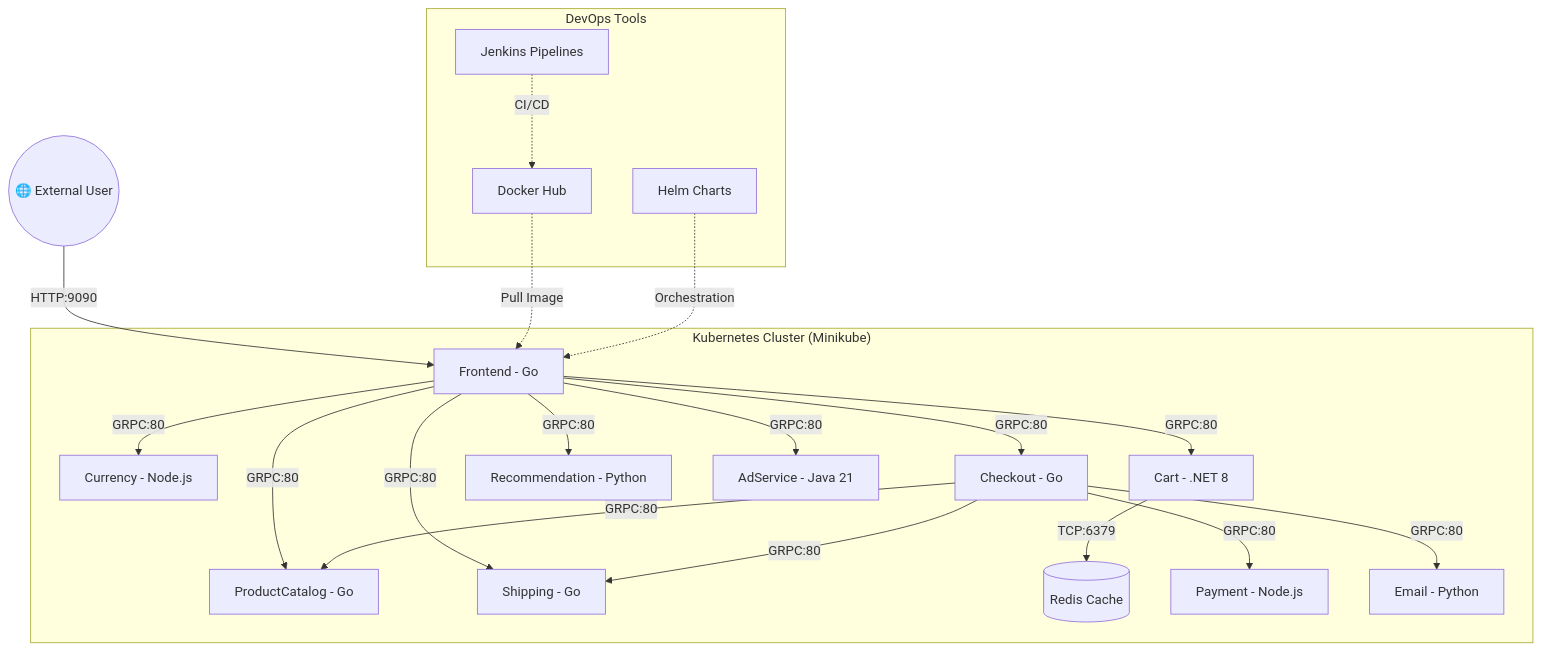
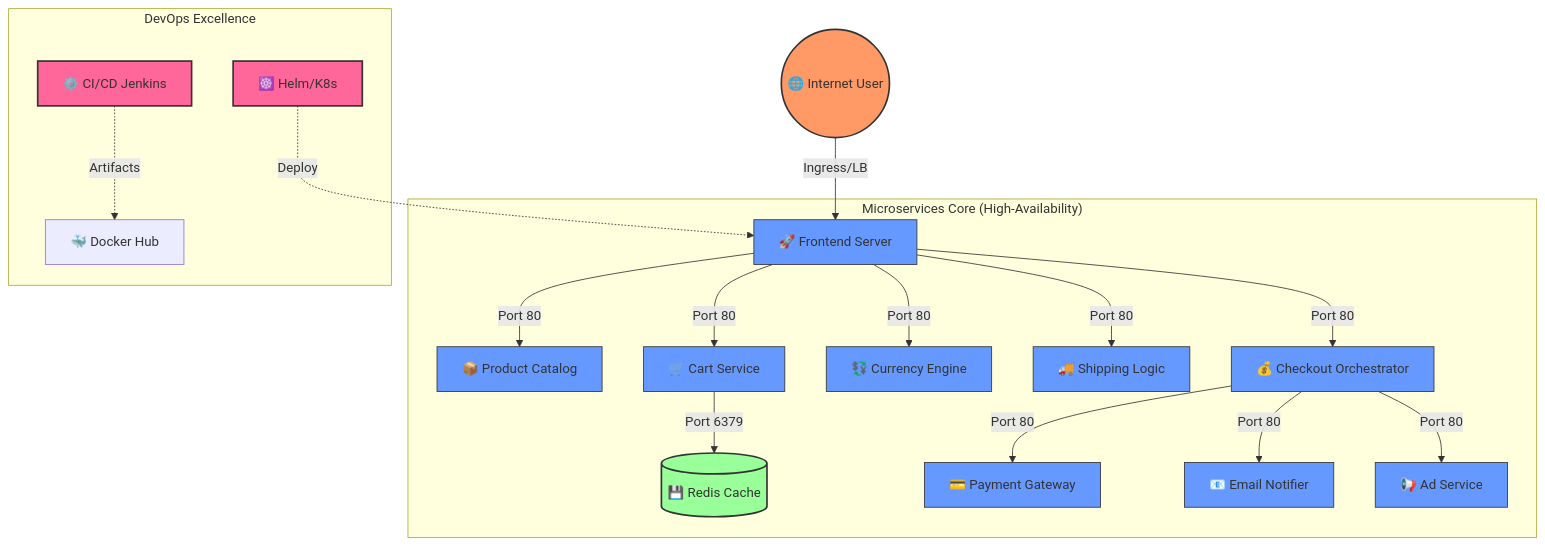
The second of 2 diagrams in README.md (rakeshkolipakaace/Microservices-e-commerce), drawn with Mermaid before and after one commit. The commit also changed other lines of this file, not shown here.

Commit message:
DOCS: Upgraded README with 3D-styled flows and service intelligence

````diff
--- a/README.md
+++ b/README.md
@@ -14,30 +44,29 @@
 ```mermaid
-graph TD
-    %% External World
-    User((🌐 External User)) -->|HTTP:9090| Frontend[Frontend - Go]
+flowchart TD
+    %% Styling
+    classDef external fill:#f96,stroke:#333,stroke-width:2px;
+    classDef internal fill:#69f,stroke:#333,stroke-width:1px;
+    classDef database fill:#9f9,stroke:#333,stroke-width:2px;
+    classDef devops fill:#f69,stroke:#333,stroke-width:2px;
+
+    User((🌐 Internet User)):::external -->|Ingress/LB| Frontend[🚀 Frontend Server]:::internal
     
-    %% Core Services
-    subgraph "Kubernetes Cluster (Minikube)"
-        Frontend -->|GRPC:80| ProductCatalog[ProductCatalog - Go]
-        Frontend -->|GRPC:80| Currency[Currency - Node.js]
-        Frontend -->|GRPC:80| Cart[Cart - .NET 8]
-        Frontend -->|GRPC:80| Checkout[Checkout - Go]
-        Frontend -->|GRPC:80| Shipping[Shipping - Go]
-        Frontend -->|GRPC:80| Recommendation[Recommendation - Python]
-        Frontend -->|GRPC:80| AdService[AdService - Java 21]
+    subgraph "Microservices Core (High-Availability)"
+        Frontend -->|Port 80| Catalog[📦 Product Catalog]:::internal
+        Frontend -->|Port 80| Cart[🛒 Cart Service]:::internal
+        Frontend -->|Port 80| Currency[💱 Currency Engine]:::internal
+        Frontend -->|Port 80| Shipping[🚚 Shipping Logic]:::internal
         
-        %% Database & Inter-service
-        Cart -->|TCP:6379| Redis[(Redis Cache)]
-        Checkout -->|GRPC:80| Payment[Payment - Node.js]
-        Checkout -->|GRPC:80| Email[Email - Python]
-        Checkout -->|GRPC:80| Shipping
-        Checkout -->|GRPC:80| ProductCatalog
+        Cart -->|Port 6379| Redis[(💾 Redis Cache)]:::database
+        
+        Frontend -->|Port 80| Checkout[💰 Checkout Orchestrator]:::internal
+        Checkout -->|Port 80| Payment[💳 Payment Gateway]:::internal
+        Checkout -->|Port 80| Email[📧 Email Notifier]:::internal
+        Checkout -->|Port 80| Ads[📢 Ad Service]:::internal
     end
-    
-    %% Tools & Infrastructure
-    subgraph "DevOps Tools"
-        Jenkins[Jenkins Pipelines] -.->|CI/CD| DockerHub[Docker Hub]
-        DockerHub -.->|Pull Image| Frontend
-        Helm[Helm Charts] -.->|Orchestration| Frontend
+
+    subgraph "DevOps Excellence"
+        Jenkins[⚙️ CI/CD Jenkins]:::devops -.->|Artifacts| Docker[🐳 Docker Hub]
+        Helm[☸️ Helm/K8s]:::devops -.->|Deploy| Frontend
     end
 ```
````
